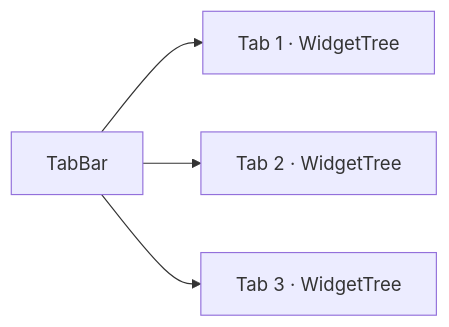
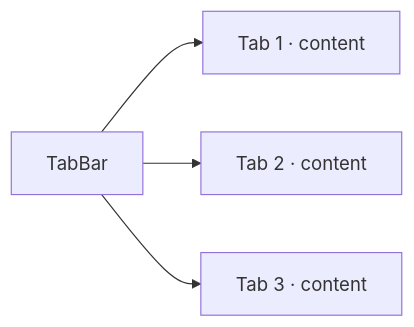
Before and after one commit to yairgd/gdbforge: the third of 3 diagrams in docs/WINDOW_MANAGEMENT.md, drawn with Mermaid. The commit also changed other lines of this file and 44 other files, not shown here.

First line of the commit message:
Extract Workspace above TabWidget for gdbforge pane policy.

````diff
--- a/docs/WINDOW_MANAGEMENT.md
+++ b/docs/WINDOW_MANAGEMENT.md
@@ -225,11 +254,11 @@
 ```mermaid
 flowchart LR
     TabBar["TabBar"]
-    T1["Tab 1 · WidgetTree"]
-    T2["Tab 2 · WidgetTree"]
-    T3["Tab 3 · WidgetTree"]
+    T1["Tab 1 · content"]
+    T2["Tab 2 · content"]
+    T3["Tab 3 · content"]
 
     TabBar --> T1
     TabBar --> T2
     TabBar --> T3
 ```
````
